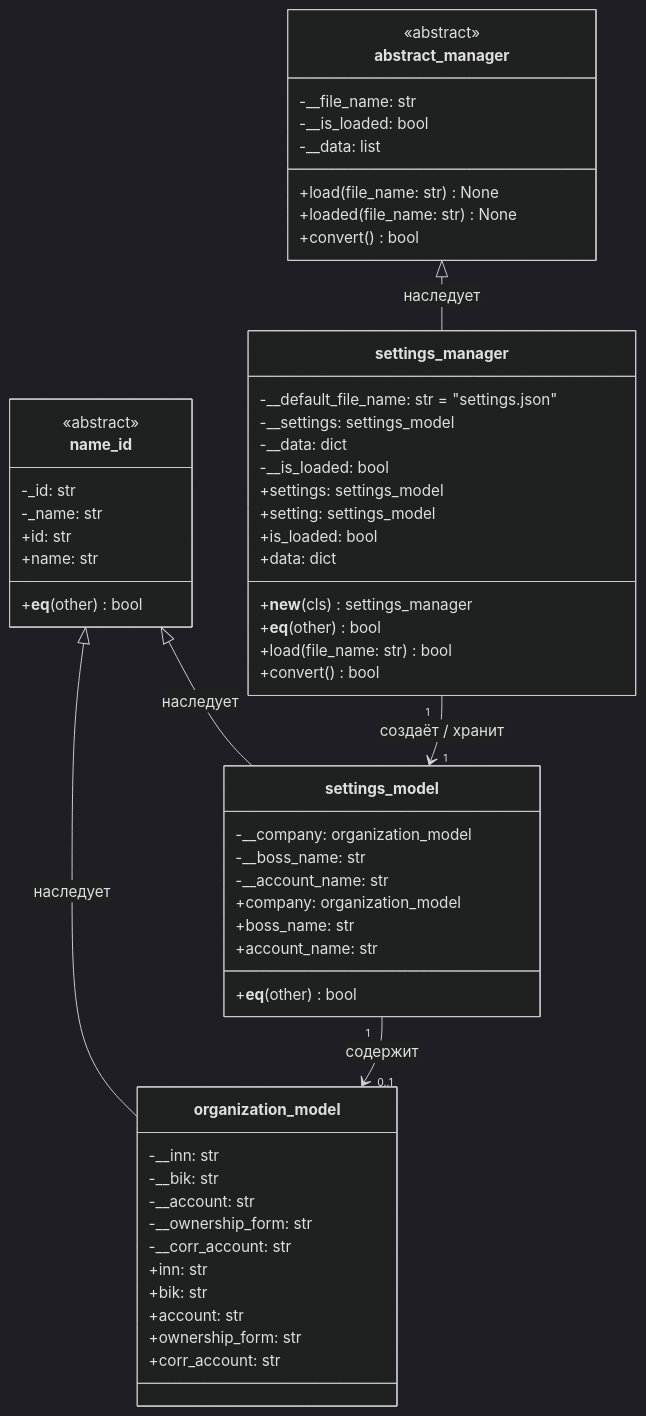
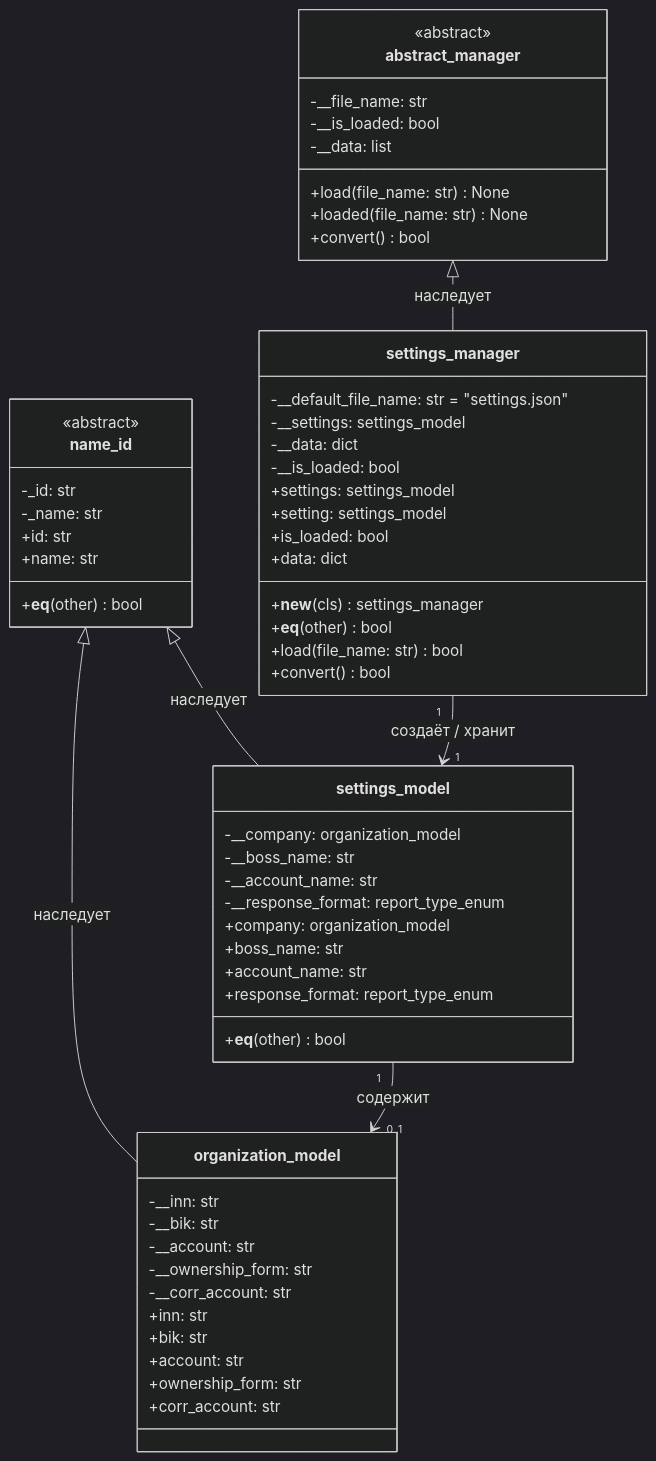
The diagram in Docs/settings_manager.md (Rom-haguko/Patterns2026), drawn with Mermaid (dark theme) before and after one commit. The commit also changed 22 other files, not shown here.

````diff
--- a/Docs/settings_manager.md
+++ b/Docs/settings_manager.md
@@ -3,67 +3,69 @@
 ```mermaid
 classDiagram
     direction TB
 
     class abstract_manager {
         <<abstract>>
         -__file_name: str
         -__is_loaded: bool
         -__data: list
         +load(file_name: str) None
         +loaded(file_name: str) None
         +convert() bool
     }
 
     class settings_manager {
         -__default_file_name: str = "settings.json"
         -__settings: settings_model
         -__data: dict
         -__is_loaded: bool
         +settings: settings_model
         +setting: settings_model
         +is_loaded: bool
         +data: dict
         +__new__(cls) settings_manager
         +__eq__(other) bool
         +load(file_name: str) bool
         +convert() bool
     }
 
     class settings_model {
         -__company: organization_model
         -__boss_name: str
         -__account_name: str
+        -__response_format: report_type_enum
         +company: organization_model
         +boss_name: str
         +account_name: str
+        +response_format: report_type_enum
         +__eq__(other) bool
     }
 
     class organization_model {
         -__inn: str
         -__bik: str
         -__account: str
         -__ownership_form: str
         -__corr_account: str
         +inn: str
         +bik: str
         +account: str
         +ownership_form: str
         +corr_account: str
     }
 
     class name_id {
         <<abstract>>
         -_id: str
         -_name: str
         +id: str
         +name: str
         +__eq__(other) bool
     }
 
     abstract_manager <|-- settings_manager : наследует
     name_id <|-- settings_model : наследует
     name_id <|-- organization_model : наследует
     settings_manager "1" --> "1" settings_model : создаёт / хранит
     settings_model "1" --> "0..1" organization_model : содержит
 ```
````
